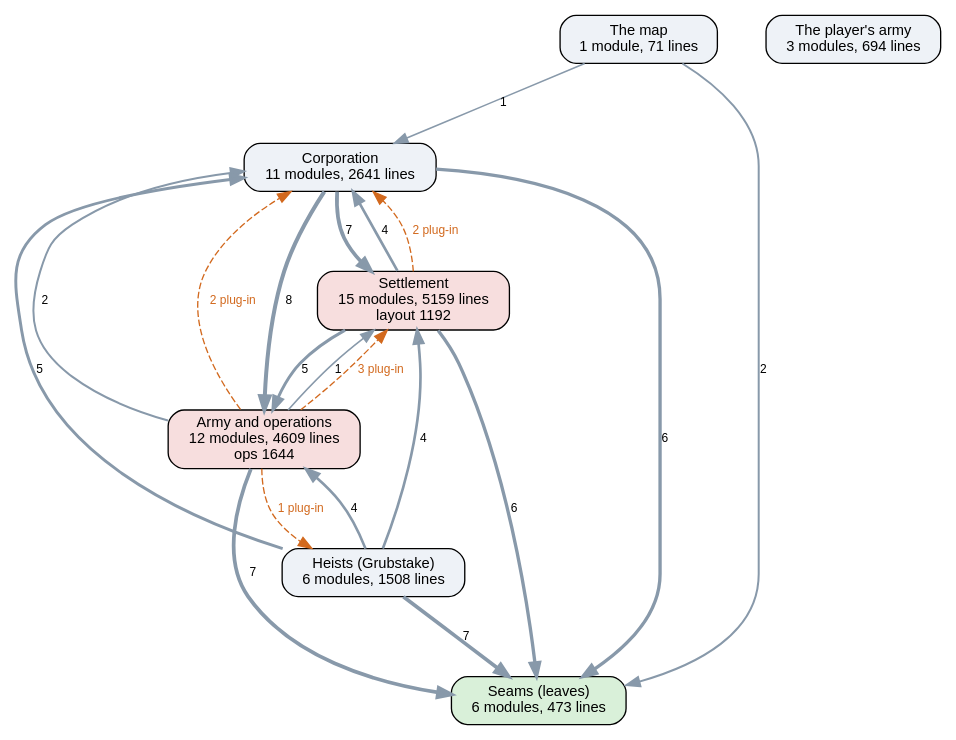
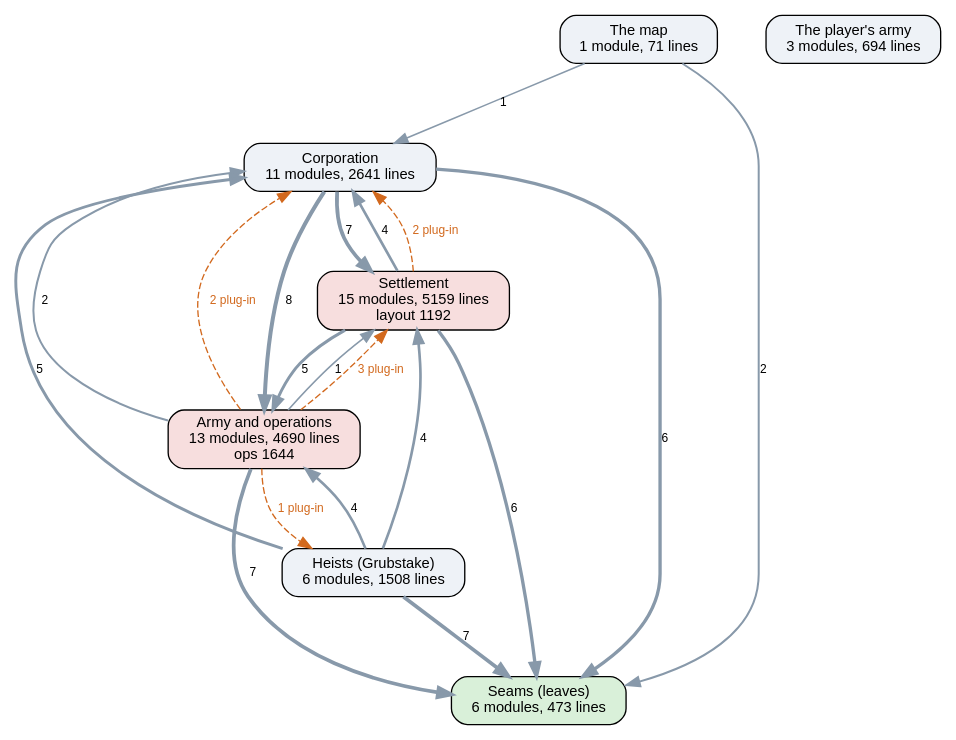
Before and after one commit to kinelhu/landing-party: the diagram in docs/ai-layers.dot, drawn with Graphviz. The commit also changed 24 other files, not shown here.

```diff
--- a/docs/ai-layers.dot
+++ b/docs/ai-layers.dot
@@ -1,31 +1,31 @@
 digraph layers {
   graph [rankdir=TB, fontname="Helvetica", nodesep=0.5, ranksep=0.7];
   node [shape=box, style="rounded,filled", fontname="Helvetica", fontsize=11, fillcolor="#eef2f7"];
   edge [color="#8899aa", fontname="Helvetica", fontsize=9];
   "Seams (leaves)" [label="Seams (leaves)\n6 modules, 473 lines", fillcolor="#d9f0d9"];
   "Corporation" [label="Corporation\n11 modules, 2641 lines", fillcolor="#eef2f7"];
   "Settlement" [label="Settlement\n15 modules, 5159 lines\nlayout 1192", fillcolor="#f7dede"];
-  "Army and operations" [label="Army and operations\n12 modules, 4609 lines\nops 1644", fillcolor="#f7dede"];
+  "Army and operations" [label="Army and operations\n13 modules, 4690 lines\nops 1644", fillcolor="#f7dede"];
   "Heists (Grubstake)" [label="Heists (Grubstake)\n6 modules, 1508 lines", fillcolor="#eef2f7"];
   "The map" [label="The map\n1 module, 71 lines", fillcolor="#eef2f7"];
   "The player's army" [label="The player's army\n3 modules, 694 lines", fillcolor="#eef2f7"];
   "Army and operations" -> "Corporation" [label="2", penwidth=1.5];
   "Army and operations" -> "Seams (leaves)" [label="7", penwidth=2.8];
   "Army and operations" -> "Settlement" [label="1", penwidth=1.2];
   "Corporation" -> "Army and operations" [label="8", penwidth=3.0];
   "Corporation" -> "Seams (leaves)" [label="6", penwidth=2.5];
   "Corporation" -> "Settlement" [label="7", penwidth=2.8];
   "Heists (Grubstake)" -> "Army and operations" [label="4", penwidth=2.0];
   "Heists (Grubstake)" -> "Corporation" [label="5", penwidth=2.2];
   "Heists (Grubstake)" -> "Seams (leaves)" [label="7", penwidth=2.8];
   "Heists (Grubstake)" -> "Settlement" [label="4", penwidth=2.0];
   "Settlement" -> "Army and operations" [label="5", penwidth=2.2];
   "Settlement" -> "Corporation" [label="4", penwidth=2.0];
   "Settlement" -> "Seams (leaves)" [label="6", penwidth=2.5];
   "The map" -> "Corporation" [label="1", penwidth=1.2];
   "The map" -> "Seams (leaves)" [label="2", penwidth=1.5];
   "Army and operations" -> "Corporation" [style=dashed, color="#d2691e", fontcolor="#d2691e", label="2 plug-in"];
   "Army and operations" -> "Heists (Grubstake)" [style=dashed, color="#d2691e", fontcolor="#d2691e", label="1 plug-in"];
   "Army and operations" -> "Settlement" [style=dashed, color="#d2691e", fontcolor="#d2691e", label="3 plug-in"];
   "Settlement" -> "Corporation" [style=dashed, color="#d2691e", fontcolor="#d2691e", label="2 plug-in"];
 }
```
